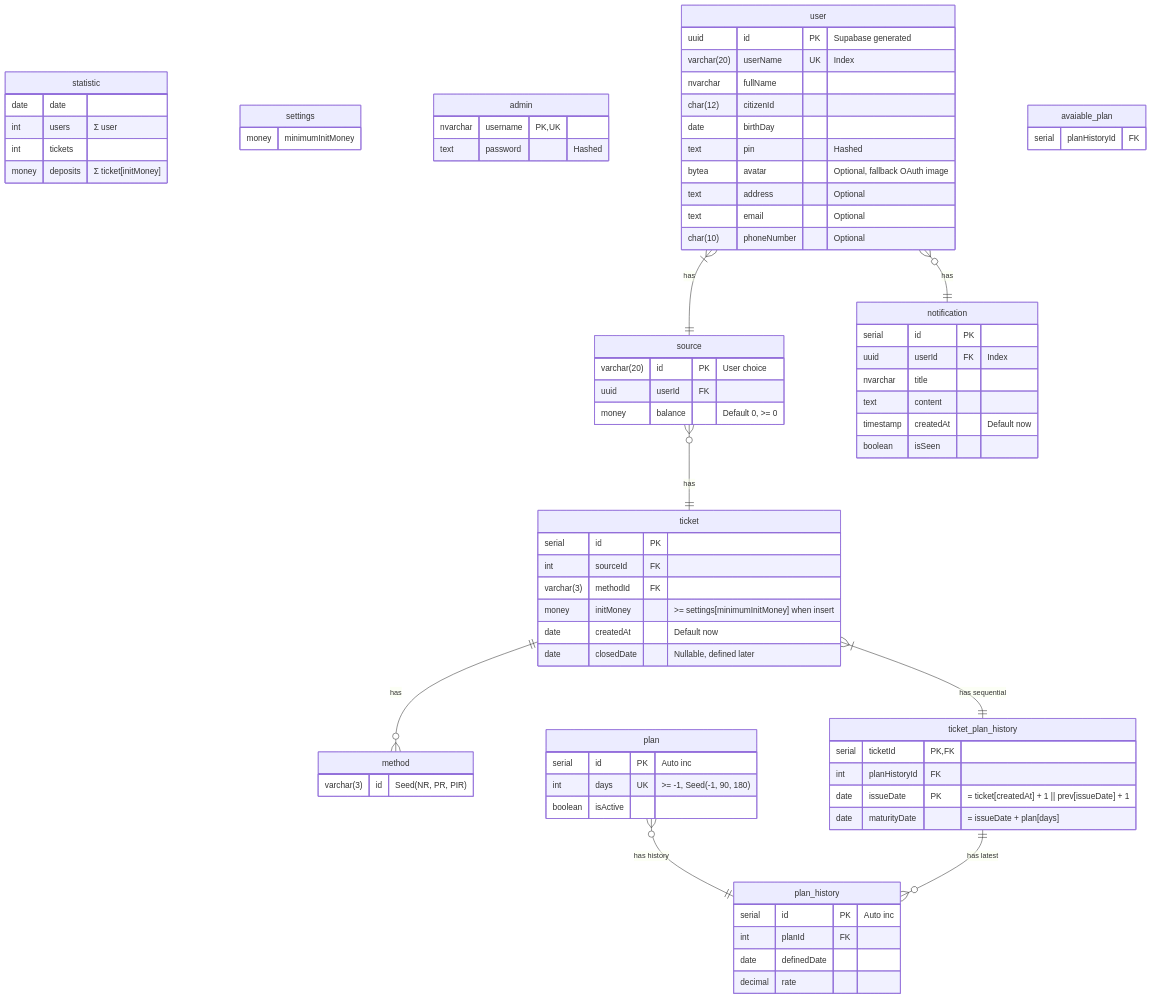
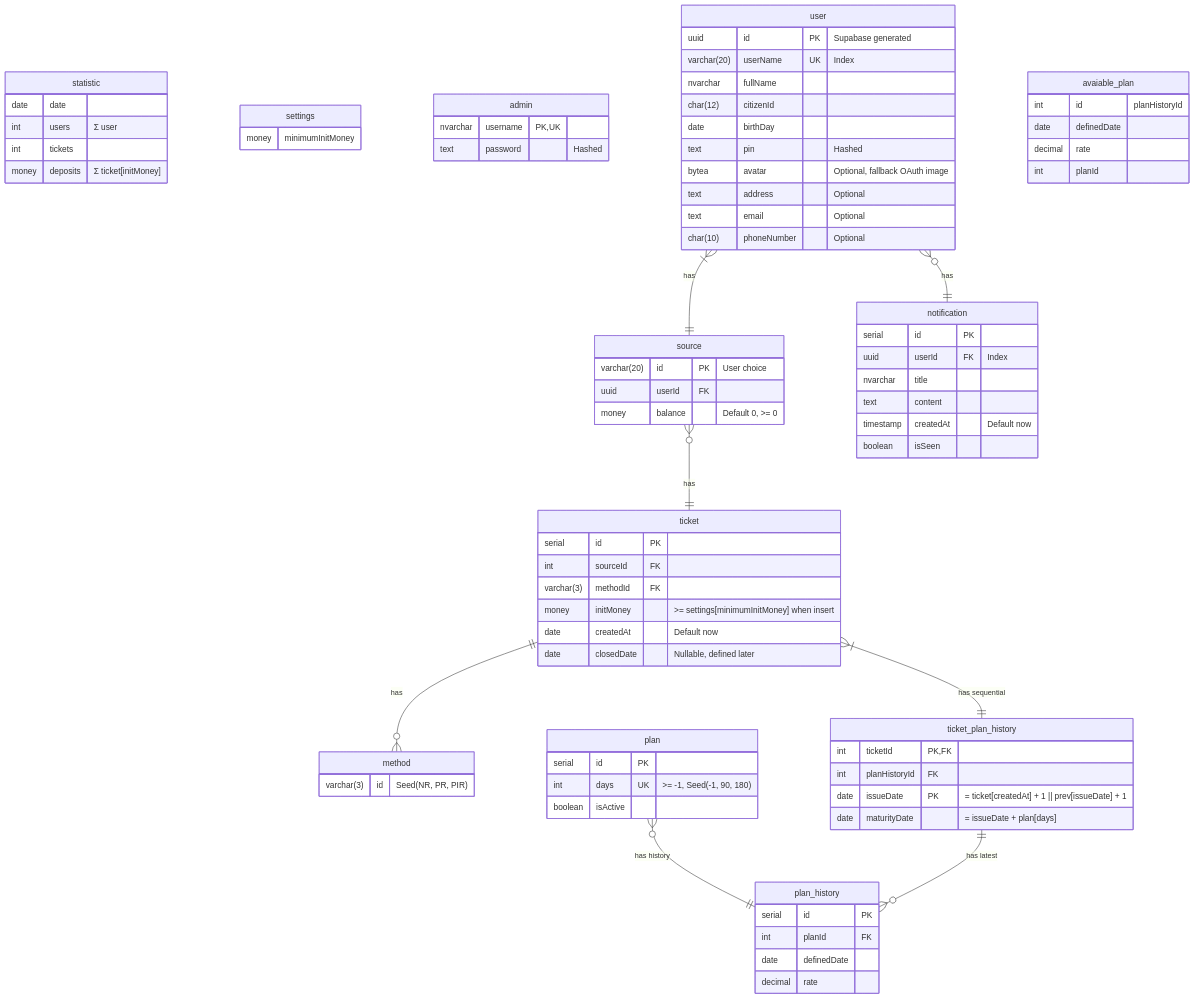
One commit to coinhub-uit/coinhub-uit.github.io changed the diagram in docs/diagrams/database.md. Above: the diagram before and after it, drawn with Mermaid. The commit also changed other lines of this file, not shown here.

Commit message:
docs: note about serial type, other ref is int

```diff
--- a/docs/diagrams/database.md
+++ b/docs/diagrams/database.md
@@ -46,7 +46,7 @@
   }
 
   plan_history {
-    serial id PK "Auto inc"
+    serial id PK
     int planId FK
     date definedDate
     decimal rate
@@ -62,20 +62,16 @@
   }
 
   ticket_plan_history {
-    serial ticketId PK,FK
+    int ticketId PK,FK
     int planHistoryId FK
     date issueDate PK "= ticket[createdAt] + 1 || prev[issueDate] + 1"
     date maturityDate "= issueDate + plan[days]"
   }
 
   plan {
-    serial id PK "Auto inc"
+    serial id PK
     int days UK ">= -1, Seed(-1, 90, 180)"
     boolean isActive
-  }
-
-  avaiable_plan {
-    serial planHistoryId FK
   }
 
   notification {
@@ -87,6 +83,13 @@
     boolean isSeen
   }
 
+  avaiable_plan {
+    int id "planHistoryId"
+    date definedDate
+    decimal rate
+    int planId
+  }
+
   user }o--|| notification : "has"
   user }|--|| source : "has"
   source }o--|| ticket : "has"
```
